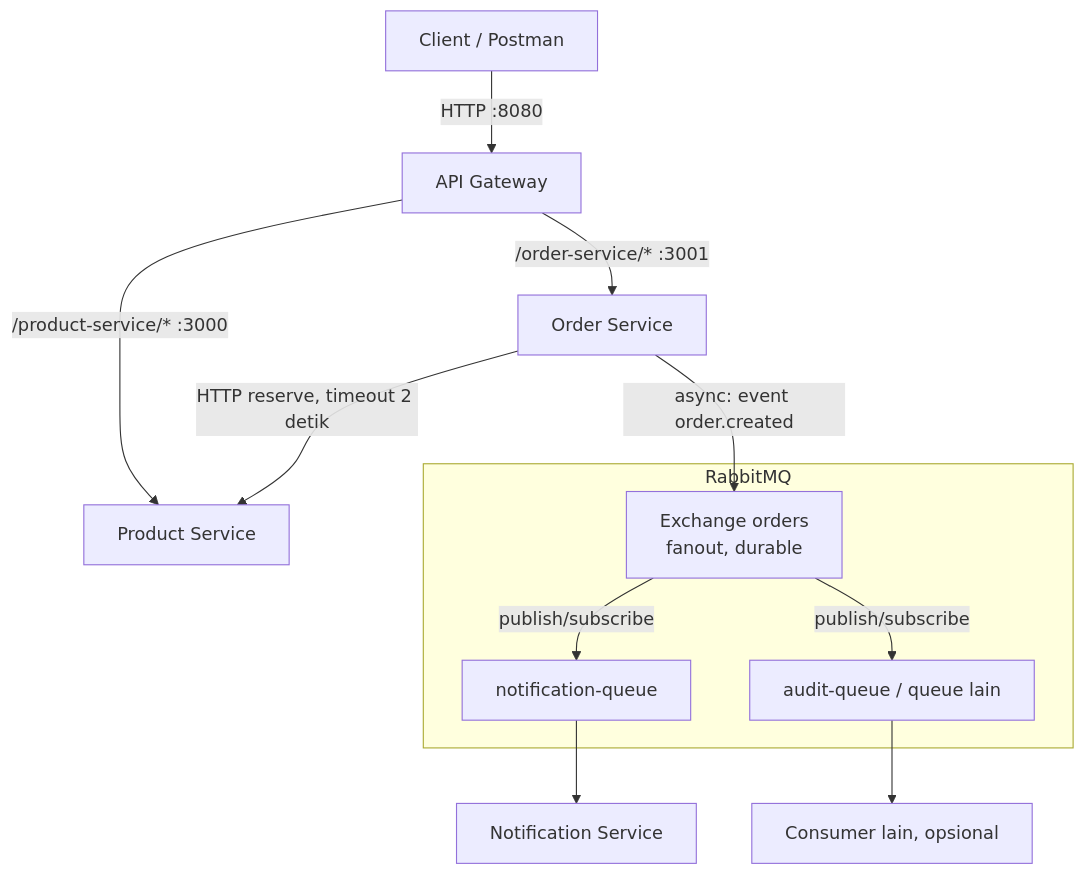
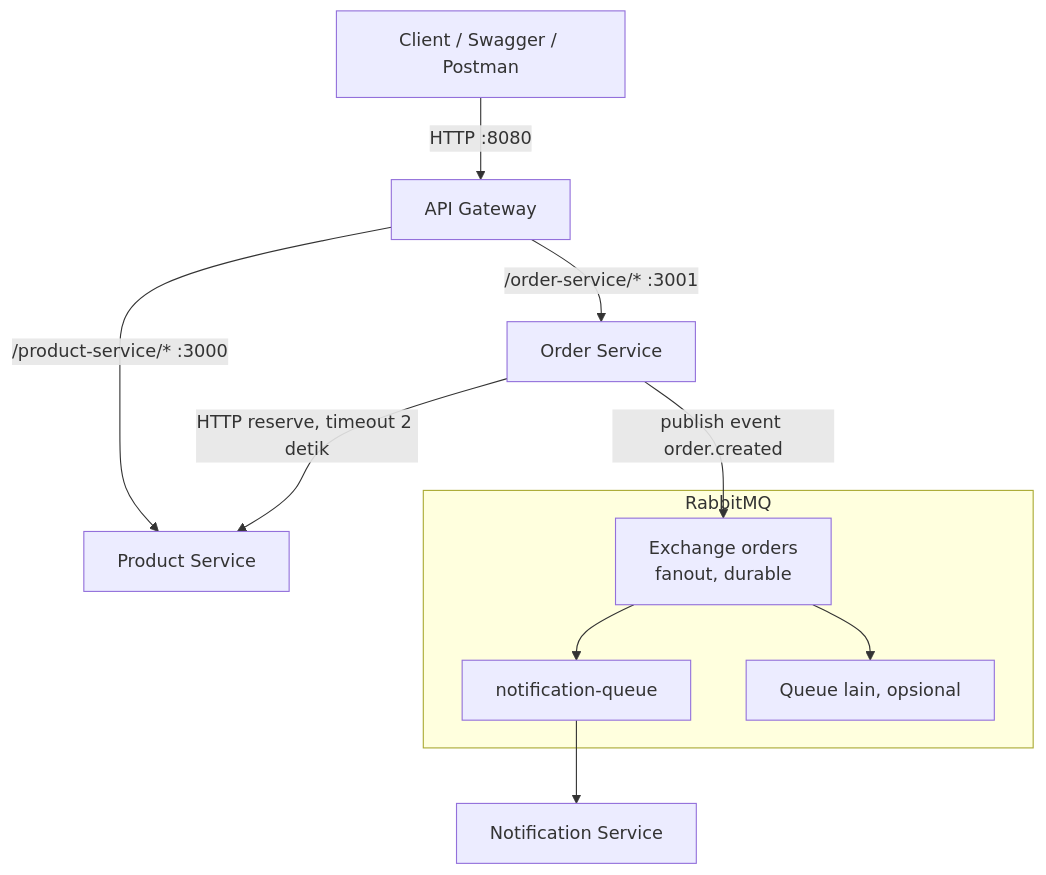
The diagram in README.md (Kevin-Lng/Leb09_Toko_Kevin5803024018), drawn with Mermaid before and after one commit. The commit also changed other lines of this file and 10 other files, not shown here.

Commit message:
Complete Week 11 OpenAPI and Swagger documentation

````diff
--- a/README.md
+++ b/README.md
@@ -13,14 +18,13 @@
 ```mermaid
 flowchart TD
-    C[Client / Postman] -->|HTTP :8080| G[API Gateway]
+    C[Client / Swagger / Postman] -->|HTTP :8080| G[API Gateway]
     G -->|/product-service/* :3000| P[Product Service]
     G -->|/order-service/* :3001| O[Order Service]
     O -->|HTTP reserve, timeout 2 detik| P
-    O -->|async: event order.created| X
+    O -->|publish event order.created| X
     subgraph R[RabbitMQ]
-        X[Exchange orders<br/>fanout, durable] -->|publish/subscribe| Q[notification-queue]
-        X -->|publish/subscribe| QA[audit-queue / queue lain]
+        X[Exchange orders<br/>fanout, durable] --> Q[notification-queue]
+        X --> QA[Queue lain, opsional]
     end
     Q --> N[Notification Service]
-    QA --> NA[Consumer lain, opsional]
 ```
````
